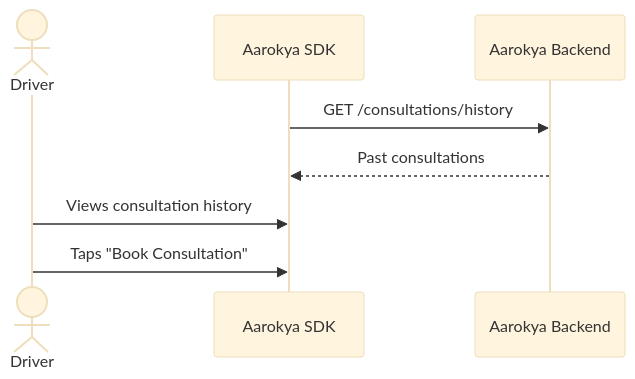
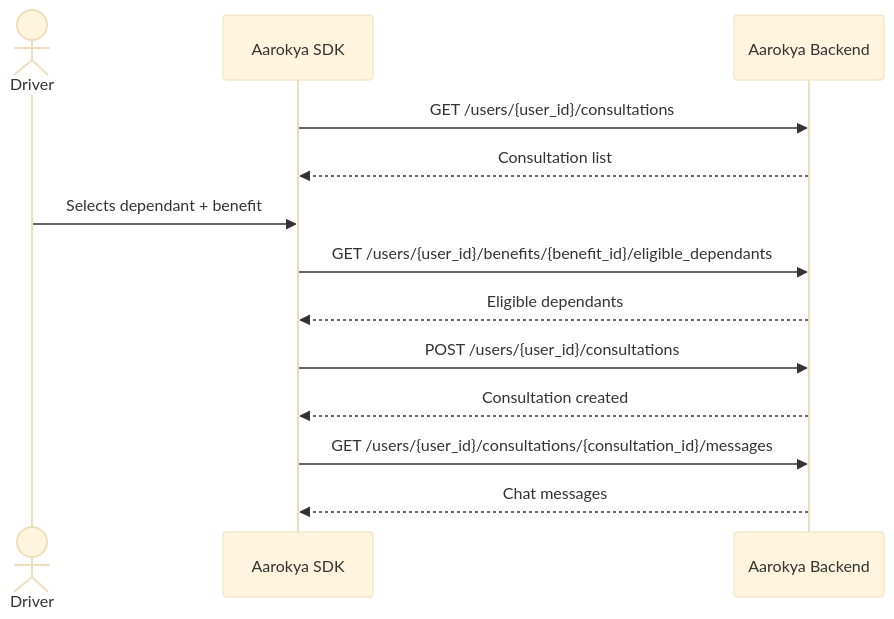
One commit to anu19981/aarokya-backend changed the tenth of 11 diagrams in api-reference/architecture/screen-flows.mdx. Above: the diagram before and after it, drawn with Mermaid (base theme). The commit also changed other lines of this file and 82 other files, not shown here.

Commit message:
sync: update api-reference from aarokya-agentic-app

````diff
--- a/api-reference/architecture/screen-flows.mdx
+++ b/api-reference/architecture/screen-flows.mdx
@@ -346,11 +327,16 @@
 ```mermaid
 sequenceDiagram
     actor Driver
     participant App as Aarokya SDK
     participant API as Aarokya Backend
 
-    App->>API: GET /consultations/history
-    API-->>App: Past consultations
-    Driver->>App: Views consultation history
-    Driver->>App: Taps "Book Consultation"
+    App->>API: GET /users/{user_id}/consultations
+    API-->>App: Consultation list
+    Driver->>App: Selects dependant + benefit
+    App->>API: GET /users/{user_id}/benefits/{benefit_id}/eligible_dependants
+    API-->>App: Eligible dependants
+    App->>API: POST /users/{user_id}/consultations
+    API-->>App: Consultation created
+    App->>API: GET /users/{user_id}/consultations/{consultation_id}/messages
+    API-->>App: Chat messages
 ```
````
